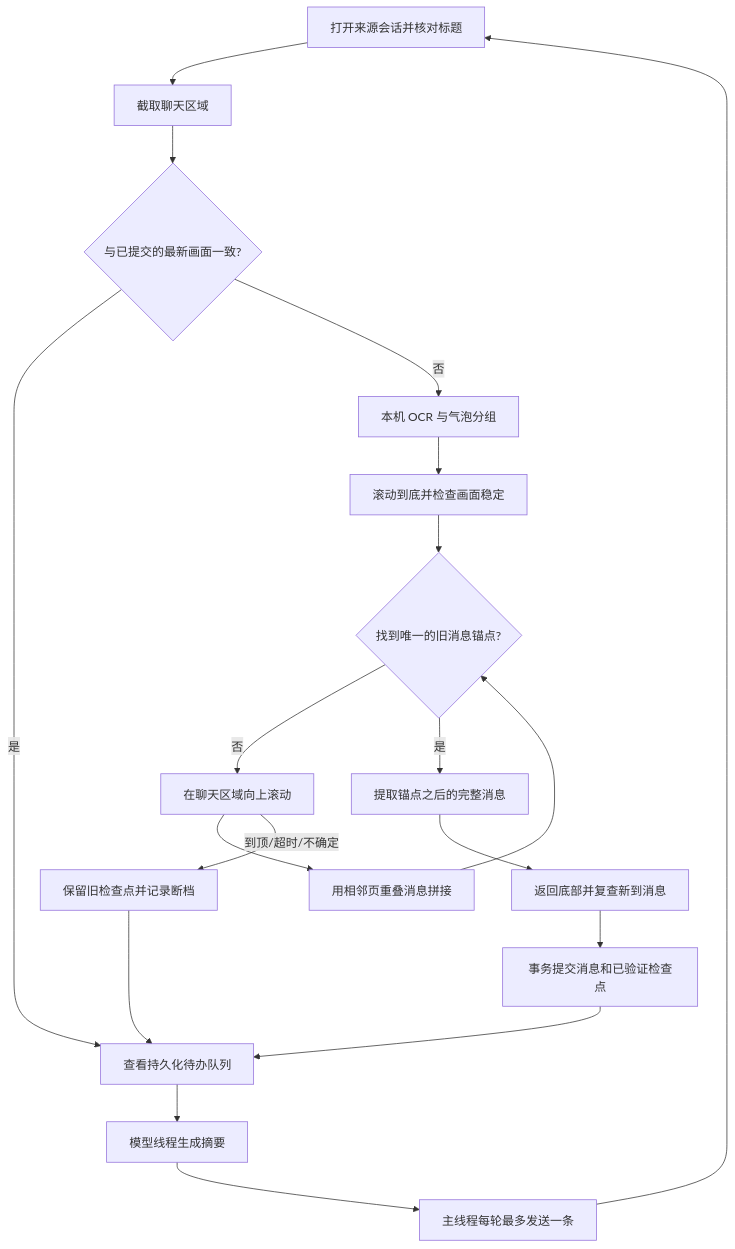
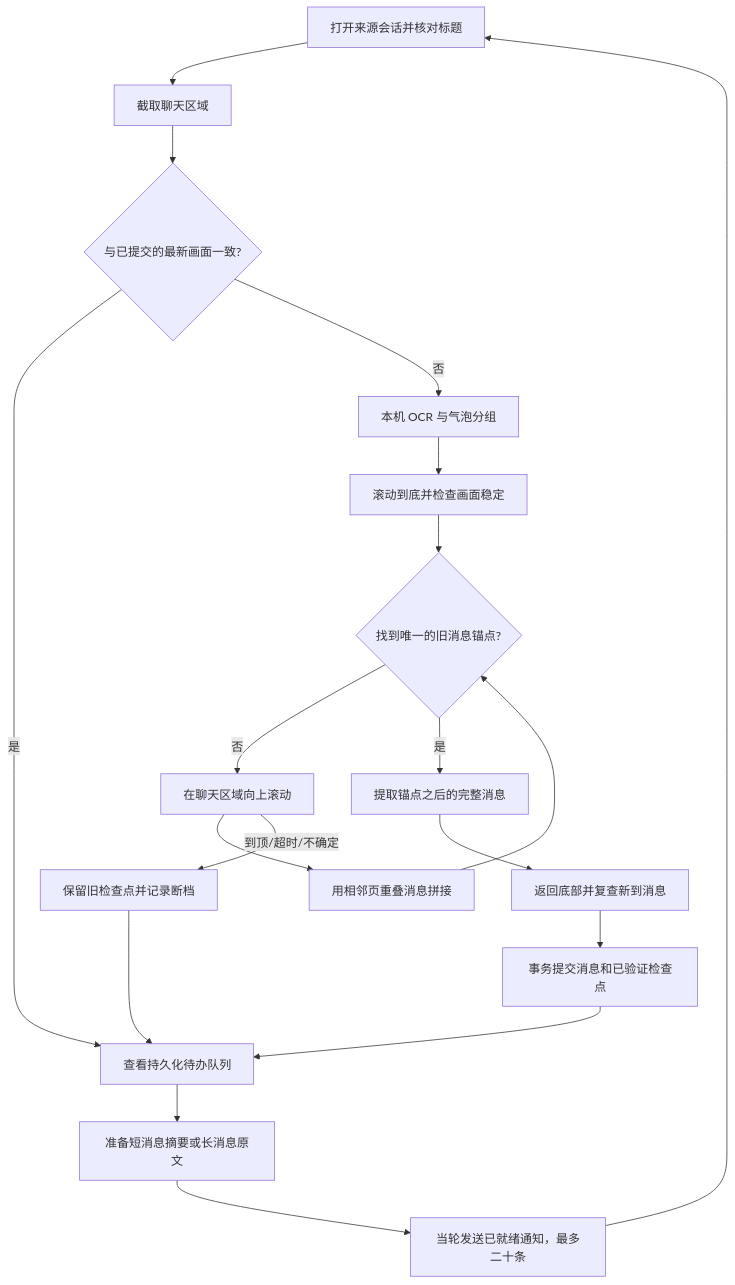
Before and after one commit to RockyFu267/FxxK-Desk: the diagram in docs/backfill-design.md, drawn with Mermaid. The commit also changed other lines of this file and 42 other files, not shown here.

````diff
--- a/docs/backfill-design.md
+++ b/docs/backfill-design.md
@@ -5,21 +5,21 @@
 ```mermaid
 flowchart TD
     A[打开来源会话并核对标题] --> B[截取聊天区域]
     B --> C{与已提交的最新画面一致?}
     C -- 是 --> Q[查看持久化待办队列]
     C -- 否 --> D[本机 OCR 与气泡分组]
     D --> E[滚动到底并检查画面稳定]
     E --> F{找到唯一的旧消息锚点?}
     F -- 否 --> G[在聊天区域向上滚动]
     G --> H[用相邻页重叠消息拼接]
     H --> F
     F -- 是 --> I[提取锚点之后的完整消息]
     I --> J[返回底部并复查新到消息]
     J --> K[事务提交消息和已验证检查点]
     K --> Q
     G -- 到顶/超时/不确定 --> X[保留旧检查点并记录断档]
     X --> Q
-    Q --> L[模型线程生成摘要]
-    L --> M[主线程每轮最多发送一条]
+    Q --> L[准备短消息摘要或长消息原文]
+    L --> M[当轮发送已就绪通知，最多二十条]
     M --> A
 ```
````
